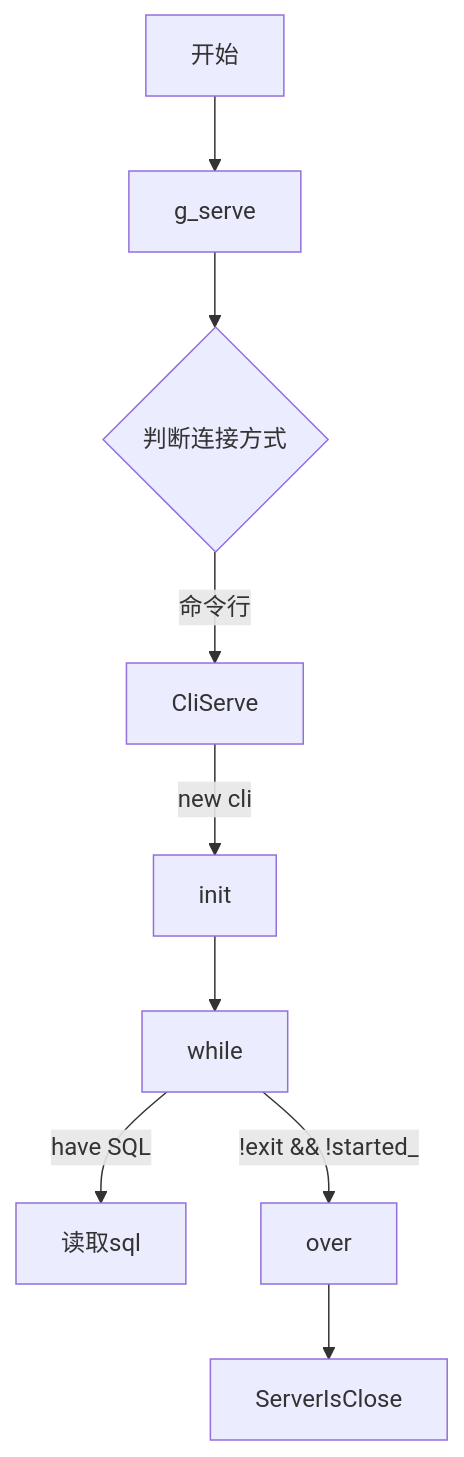
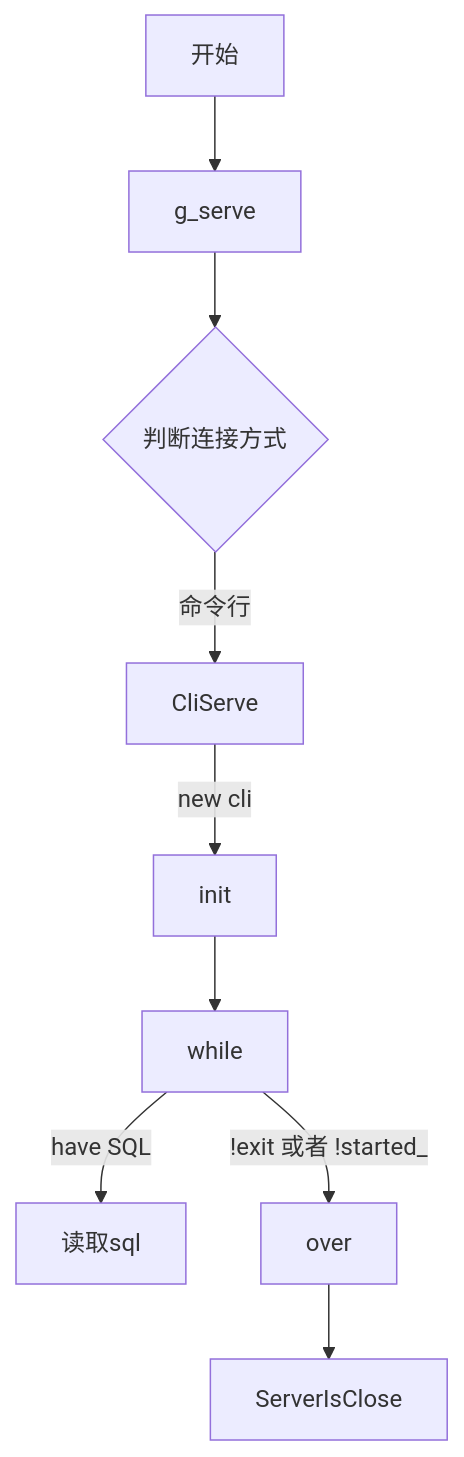
Before and after one commit to jyoushitou/Blog-Article: the diagram in article/2026_09_26.md, drawn with Mermaid.

Commit message:
20260926v04.3

````diff
--- a/article/2026_09_26.md
+++ b/article/2026_09_26.md
@@ -208,12 +208,12 @@
 ```mermaid
 graph TD
   main[开始] --> g_serve
   g_serve --> serve{判断连接方式}
   serve -->|命令行| cli[CliServe]
   cli --> |new cli| init
   init --> while
   while --> |have SQL|读取sql
-  while --> |!exit && !started_ | over
+  while --> |!exit 或者 !started_ | over
   over --> ServerIsClose
 
 ```
````
